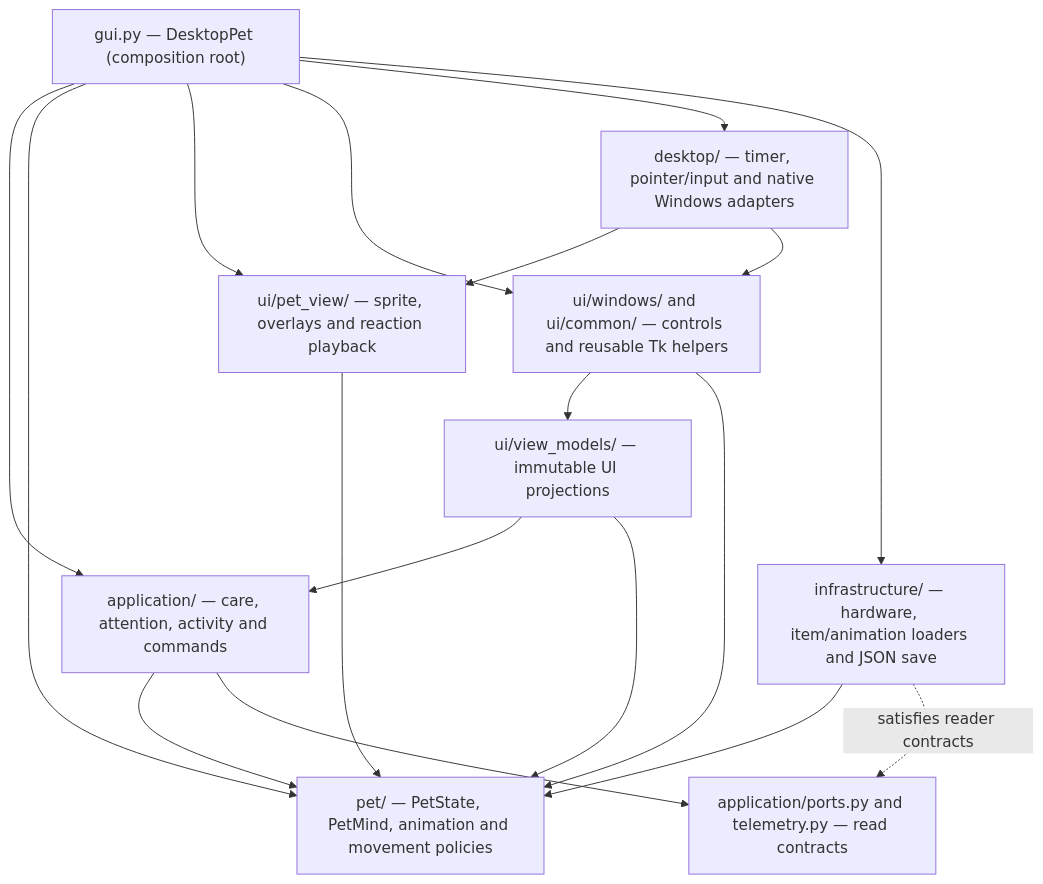
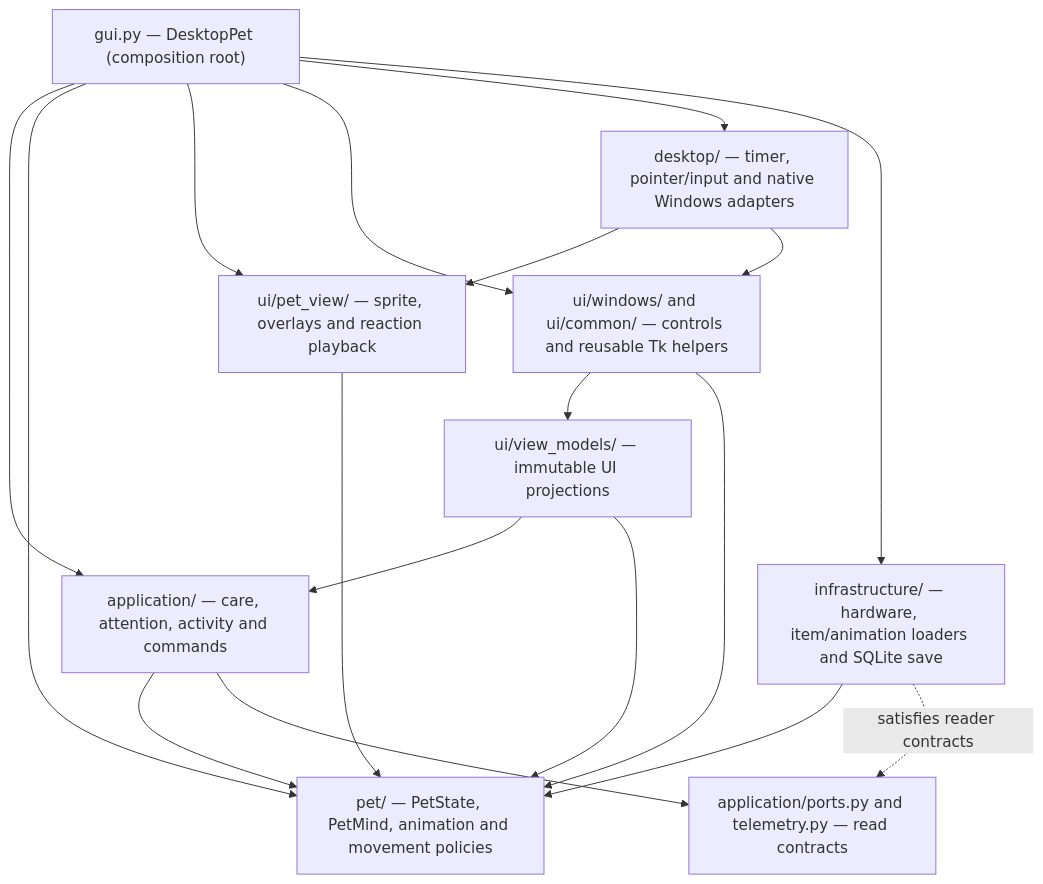
The diagram in docs/ARCHITECTURE.md (Lexoniarus/aiko-desktop-pet), drawn with Mermaid before and after one commit. The commit also changed other lines of this file and 19 other files, not shown here.

````diff
--- a/docs/ARCHITECTURE.md
+++ b/docs/ARCHITECTURE.md
@@ -30,30 +30,30 @@
 ```mermaid
 flowchart TB
     Shell["gui.py — DesktopPet (composition root)"]
     App["application/ — care, attention, activity and commands"]
     Pet["pet/ — PetState, PetMind, animation and movement policies"]
     View["ui/view_models/ — immutable UI projections"]
     Sprite["ui/pet_view/ — sprite, overlays and reaction playback"]
     Windows["ui/windows/ and ui/common/ — controls and reusable Tk helpers"]
     Desktop["desktop/ — timer, pointer/input and native Windows adapters"]
-    Infra["infrastructure/ — hardware, item/animation loaders and JSON save"]
+    Infra["infrastructure/ — hardware, item/animation loaders and SQLite save"]
     Ports["application/ports.py and telemetry.py — read contracts"]
 
     Shell --> App
     Shell --> Pet
     Shell --> Sprite
     Shell --> Windows
     Shell --> Desktop
     Shell --> Infra
     App --> Pet
     App --> Ports
     View --> App
     View --> Pet
     Sprite --> Pet
     Windows --> View
     Windows --> Pet
     Desktop --> Sprite
     Desktop --> Windows
     Infra --> Pet
     Infra -. "satisfies reader contracts" .-> Ports
 ```
````
